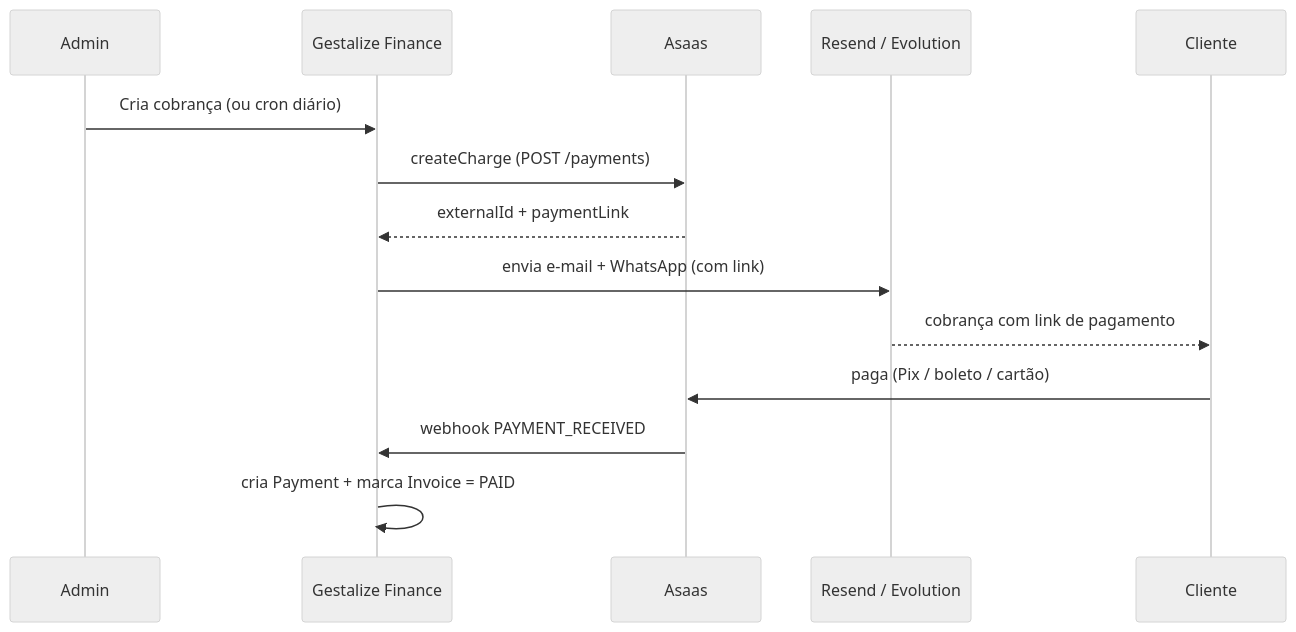
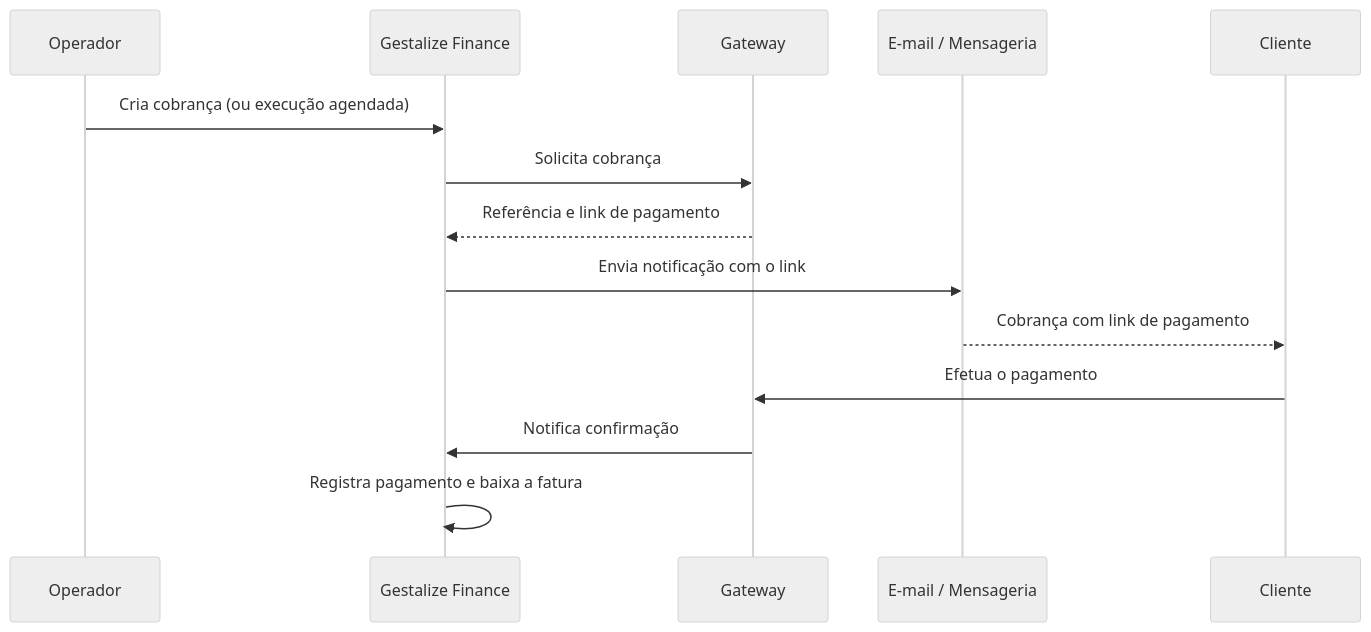
One commit to gestalizesystems/gestalize-finance changed the second of 3 diagrams in docs/ARQUITETURA.md. Above: the diagram before and after it, drawn with Mermaid (neutral theme). The commit also changed other lines of this file and 9 other files, not shown here.

````diff
--- a/docs/ARQUITETURA.md
+++ b/docs/ARQUITETURA.md
@@ -140,17 +91,17 @@
 ```mermaid
 sequenceDiagram
-    participant Admin
+    participant Operador
     participant App as Gestalize Finance
-    participant Asaas
-    participant Canais as Resend / Evolution
+    participant Gateway
+    participant Canais as E-mail / Mensageria
     participant Cliente
 
-    Admin->>App: Cria cobrança (ou cron diário)
-    App->>Asaas: createCharge (POST /payments)
-    Asaas-->>App: externalId + paymentLink
-    App->>Canais: envia e-mail + WhatsApp (com link)
-    Canais-->>Cliente: cobrança com link de pagamento
-    Cliente->>Asaas: paga (Pix / boleto / cartão)
-    Asaas->>App: webhook PAYMENT_RECEIVED
-    App->>App: cria Payment + marca Invoice = PAID
+    Operador->>App: Cria cobrança (ou execução agendada)
+    App->>Gateway: Solicita cobrança
+    Gateway-->>App: Referência e link de pagamento
+    App->>Canais: Envia notificação com o link
+    Canais-->>Cliente: Cobrança com link de pagamento
+    Cliente->>Gateway: Efetua o pagamento
+    Gateway->>App: Notifica confirmação
+    App->>App: Registra pagamento e baixa a fatura
 ```
````
